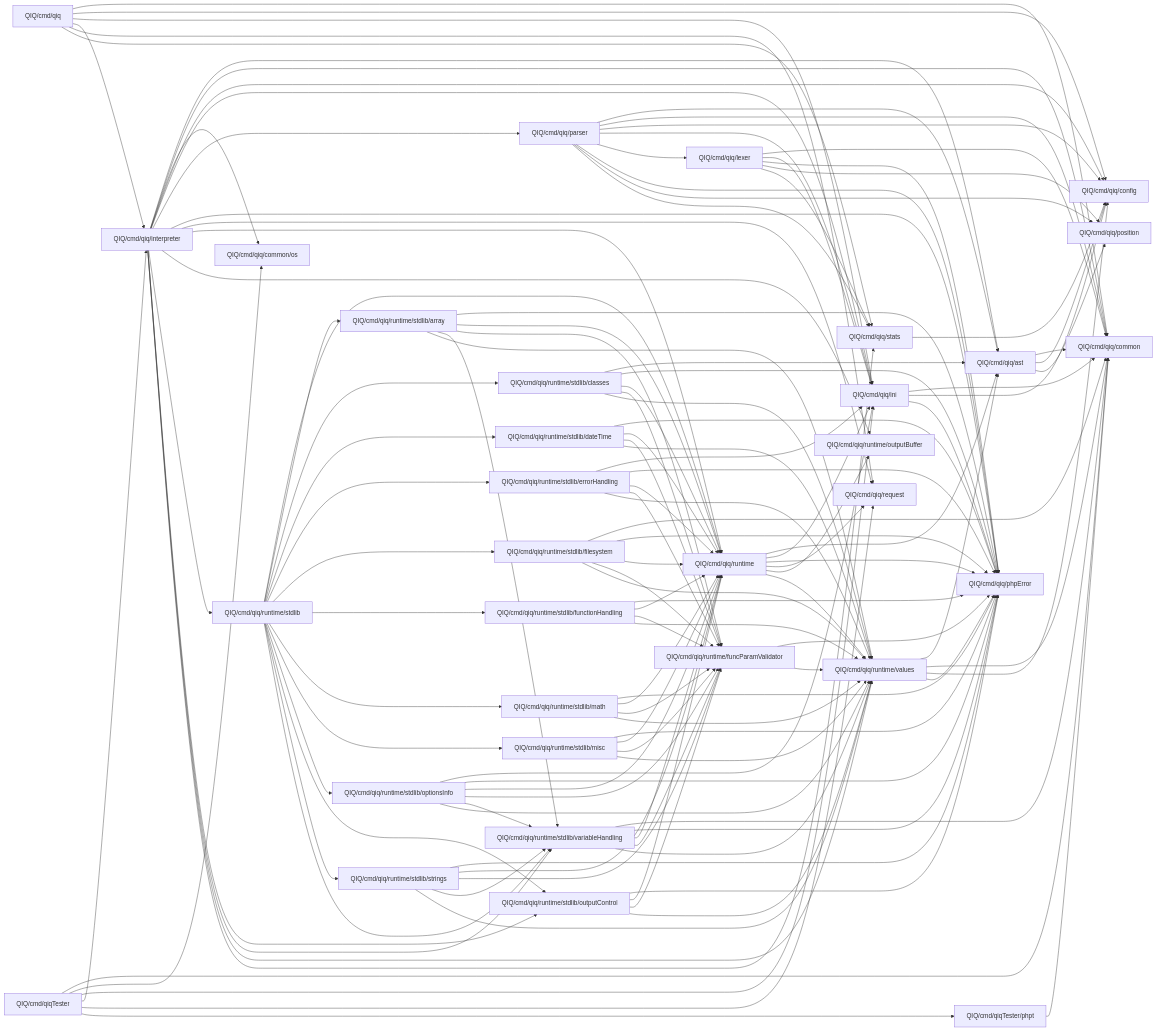
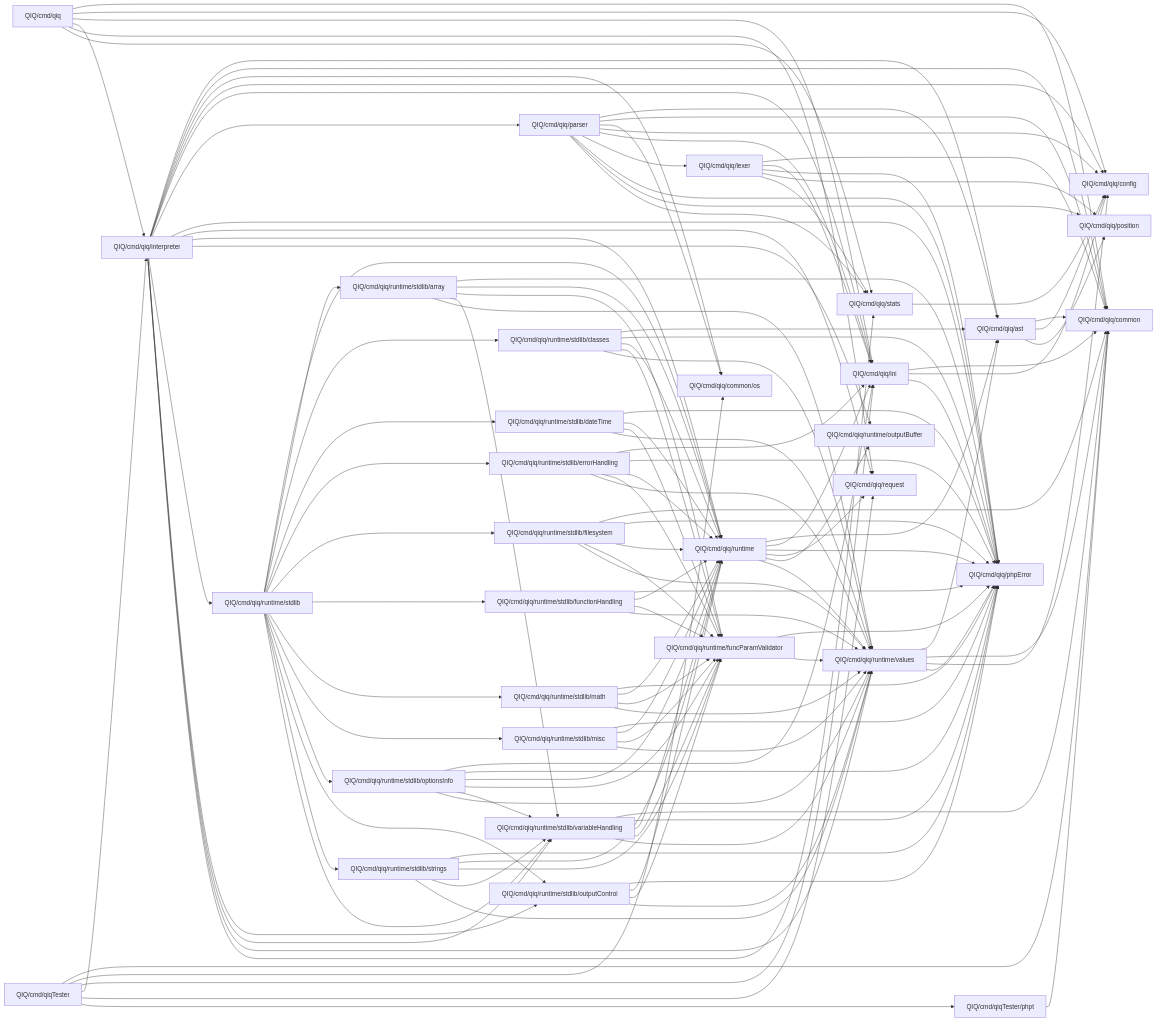
Before and after one commit to MasterZydra/QIQ: the diagram in doc/Packages.md, drawn with Mermaid. The commit also changed 7 other files, not shown here.

```diff
--- a/doc/Packages.md
+++ b/doc/Packages.md
@@ -41,6 +41,7 @@
 
     QIQ_cmd_qiq_parser[QIQ/cmd/qiq/parser] --> QIQ_cmd_qiq_ast[QIQ/cmd/qiq/ast]
     QIQ_cmd_qiq_parser[QIQ/cmd/qiq/parser] --> QIQ_cmd_qiq_common[QIQ/cmd/qiq/common]
+    QIQ_cmd_qiq_parser[QIQ/cmd/qiq/parser] --> QIQ_cmd_qiq_common_os[QIQ/cmd/qiq/common/os]
     QIQ_cmd_qiq_parser[QIQ/cmd/qiq/parser] --> QIQ_cmd_qiq_config[QIQ/cmd/qiq/config]
     QIQ_cmd_qiq_parser[QIQ/cmd/qiq/parser] --> QIQ_cmd_qiq_ini[QIQ/cmd/qiq/ini]
     QIQ_cmd_qiq_parser[QIQ/cmd/qiq/parser] --> QIQ_cmd_qiq_lexer[QIQ/cmd/qiq/lexer]
```
